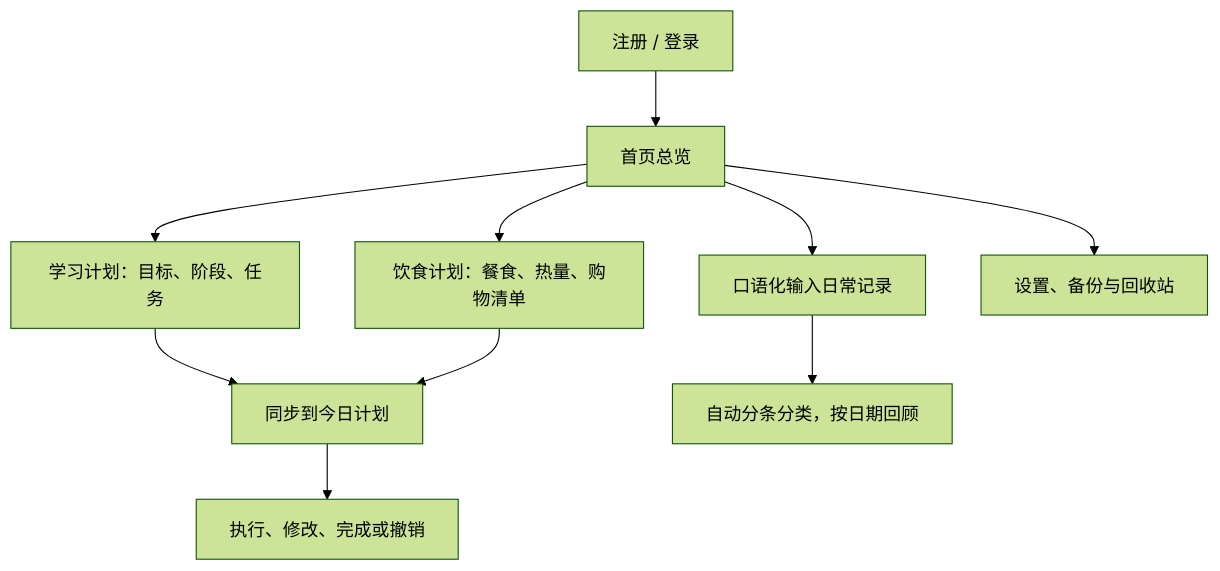
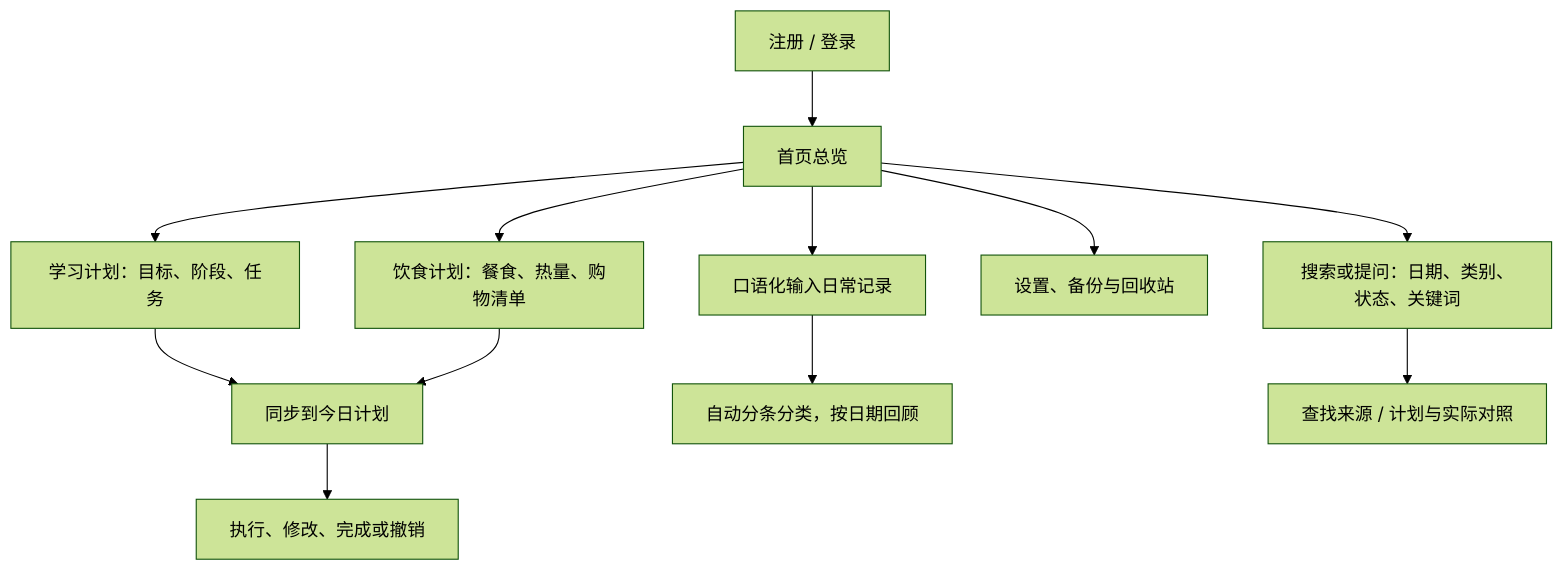
The first of 2 diagrams in README.md (lixingle0202/PersonalHub), drawn with Mermaid (forest theme) before and after one commit. The commit also changed other lines of this file and 9 other files, not shown here.

````diff
--- a/README.md
+++ b/README.md
@@ -75,12 +75,14 @@
 ```mermaid
 flowchart TD
     A["注册 / 登录"] --> B["首页总览"]
     B --> C["学习计划：目标、阶段、任务"]
     B --> D["饮食计划：餐食、热量、购物清单"]
     C --> E["同步到今日计划"]
     D --> E
     E --> F["执行、修改、完成或撤销"]
     B --> G["口语化输入日常记录"]
     G --> H["自动分条分类，按日期回顾"]
     B --> I["设置、备份与回收站"]
+    B --> J["搜索或提问：日期、类别、状态、关键词"]
+    J --> K["查找来源 / 计划与实际对照"]
 ```
````
